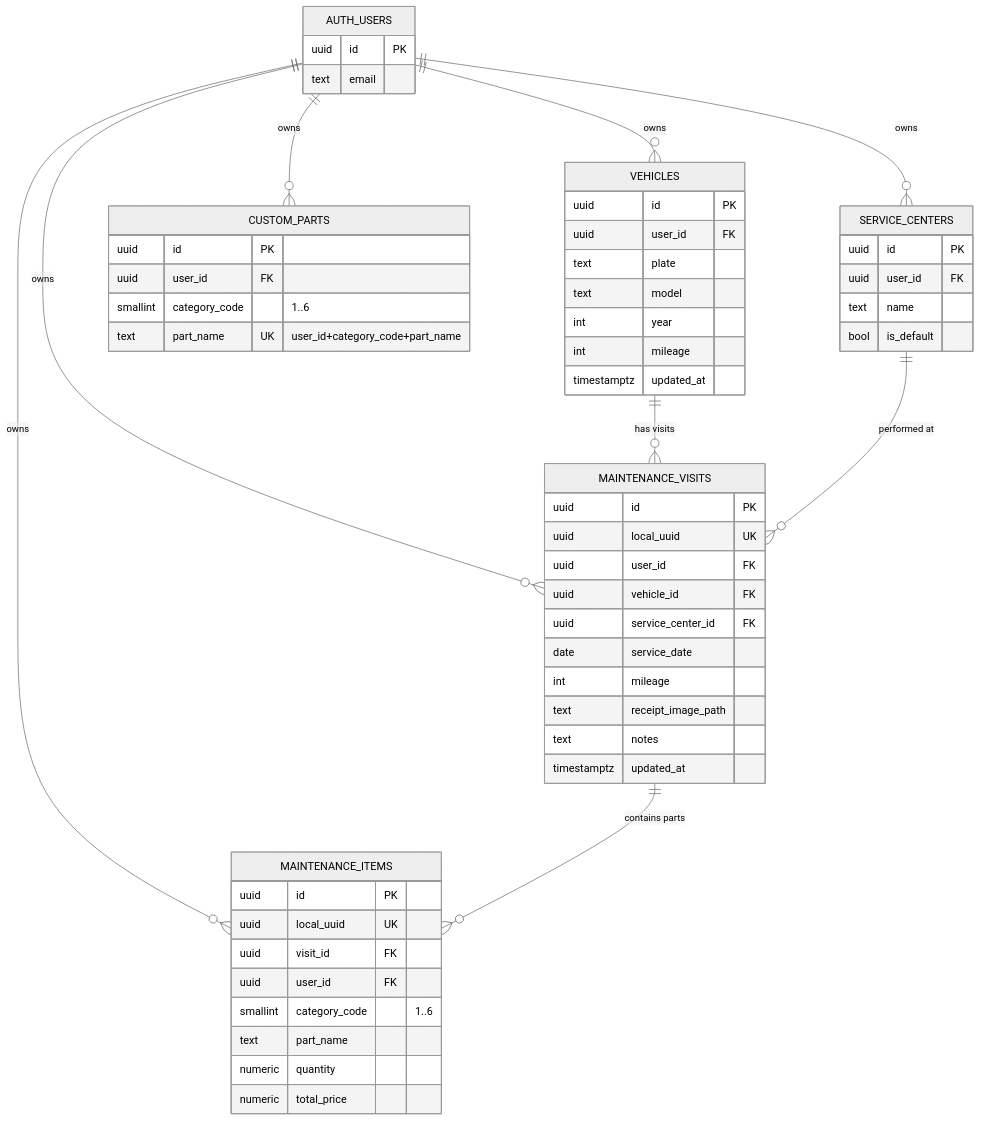
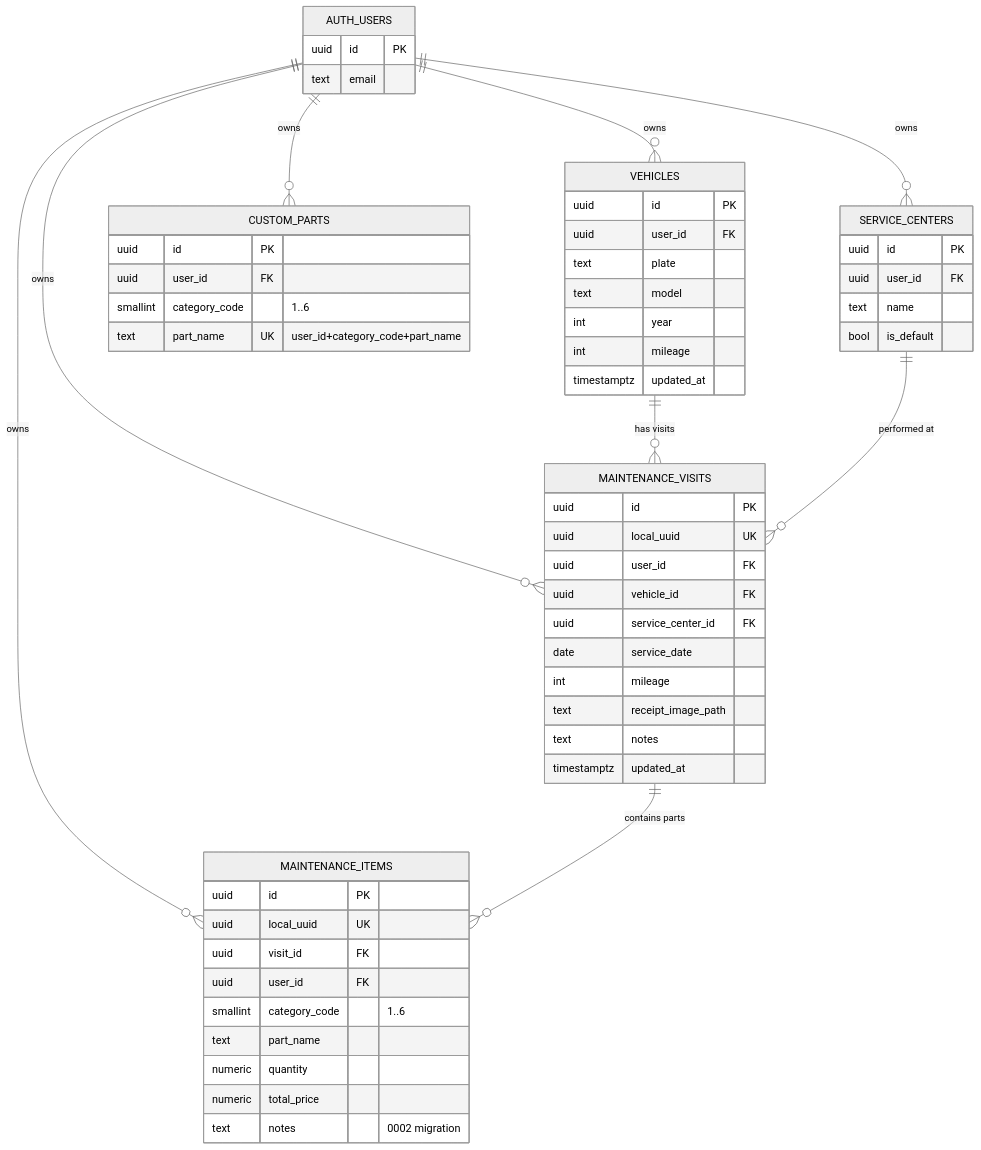
Before and after one commit to DoctorKS/Car_maintainace: the second of 6 diagrams in README.md, drawn with Mermaid (neutral theme). The commit also changed other lines of this file and 6 other files, not shown here.

````diff
--- a/README.md
+++ b/README.md
@@ -121,60 +121,61 @@
 ```mermaid
 erDiagram
     AUTH_USERS ||--o{ VEHICLES : owns
     AUTH_USERS ||--o{ SERVICE_CENTERS : owns
     AUTH_USERS ||--o{ MAINTENANCE_VISITS : owns
     AUTH_USERS ||--o{ MAINTENANCE_ITEMS : owns
     AUTH_USERS ||--o{ CUSTOM_PARTS : owns
     VEHICLES ||--o{ MAINTENANCE_VISITS : "has visits"
     SERVICE_CENTERS ||--o{ MAINTENANCE_VISITS : "performed at"
     MAINTENANCE_VISITS ||--o{ MAINTENANCE_ITEMS : "contains parts"
 
     AUTH_USERS {
         uuid id PK
         text email
     }
     VEHICLES {
         uuid id PK
         uuid user_id FK
         text plate
         text model
         int year
         int mileage
         timestamptz updated_at
     }
     SERVICE_CENTERS {
         uuid id PK
         uuid user_id FK
         text name
         bool is_default
     }
     MAINTENANCE_VISITS {
         uuid id PK
         uuid local_uuid UK
         uuid user_id FK
         uuid vehicle_id FK
         uuid service_center_id FK
         date service_date
         int mileage
         text receipt_image_path
         text notes
         timestamptz updated_at
     }
     MAINTENANCE_ITEMS {
         uuid id PK
         uuid local_uuid UK
         uuid visit_id FK
         uuid user_id FK
         smallint category_code "1..6"
         text part_name
         numeric quantity
         numeric total_price
+        text notes "0002 migration"
     }
     CUSTOM_PARTS {
         uuid id PK
         uuid user_id FK
         smallint category_code "1..6"
         text part_name
         UK "user_id+category_code+part_name"
     }
 ```
````
